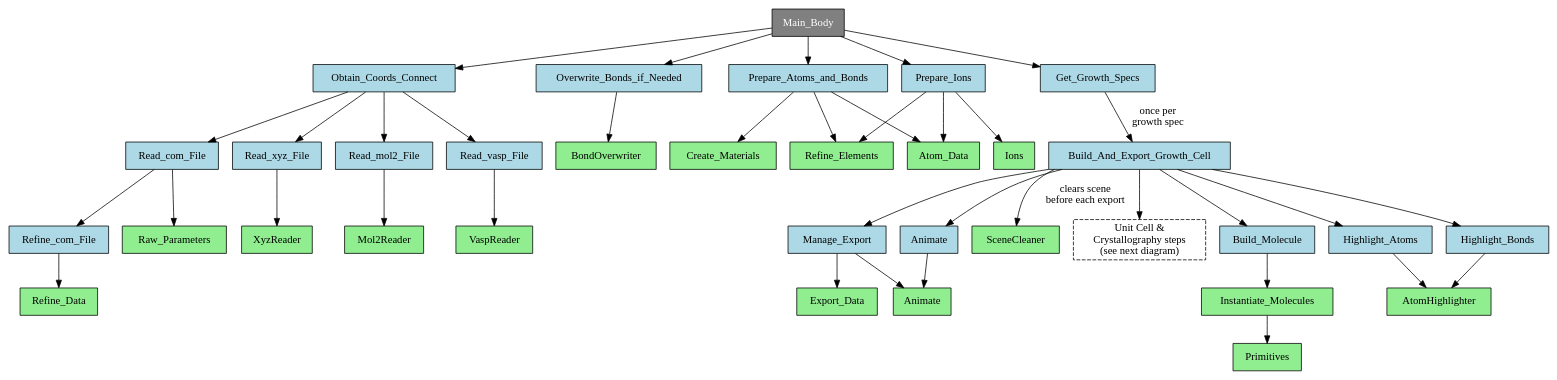
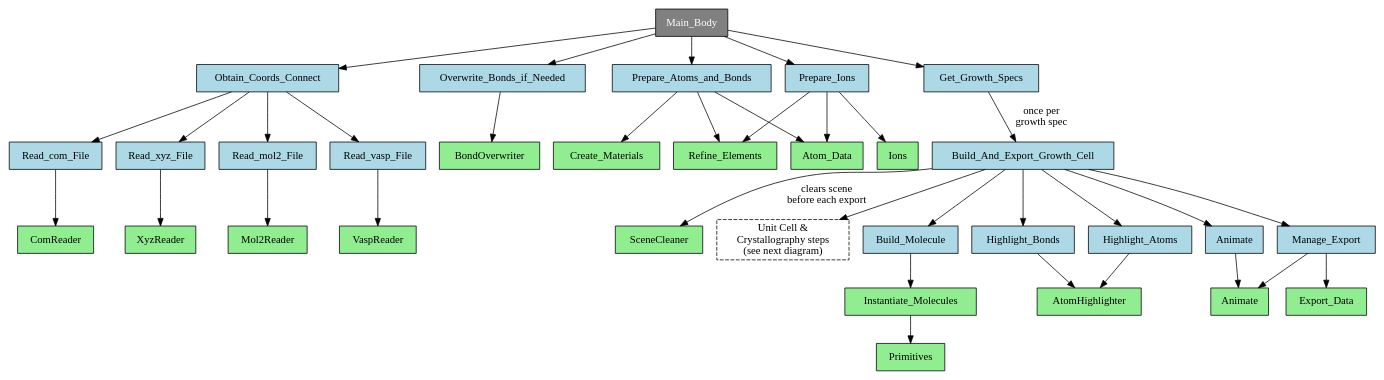
Before and after one commit to eecheve/Gaussian-2-Blender: the second of 5 diagrams in docs/components.rst, drawn with Graphviz. The commit also changed 27 other files, not shown here.

Commit message:
ComReader class update

```diff
--- a/docs/components.rst
+++ b/docs/components.rst
@@ -80,7 +80,6 @@
        Get_Growth_Specs [fillcolor=lightblue];
        Build_And_Export_Growth_Cell [fillcolor=lightblue];
        Read_com_File [fillcolor=lightblue];
-       Refine_com_File [fillcolor=lightblue];
        Read_xyz_File [fillcolor=lightblue];
        Read_mol2_File [fillcolor=lightblue];
        Read_vasp_File [fillcolor=lightblue];
@@ -90,8 +89,7 @@
        Animate [fillcolor=lightblue];
        Manage_Export [fillcolor=lightblue];
 
-       Raw_Parameters [fillcolor=lightgreen];
-       Refine_Data [fillcolor=lightgreen];
+       ComReader [fillcolor=lightgreen];
        XyzReader [fillcolor=lightgreen];
        Mol2Reader [fillcolor=lightgreen];
        VaspReader [fillcolor=lightgreen];
@@ -121,9 +119,7 @@
        Obtain_Coords_Connect -> Read_xyz_File;
        Obtain_Coords_Connect -> Read_mol2_File;
        Obtain_Coords_Connect -> Read_vasp_File;
-       Read_com_File -> Refine_com_File;
-       Read_com_File -> Raw_Parameters;
-       Refine_com_File -> Refine_Data;
+       Read_com_File -> ComReader;
        Read_xyz_File -> XyzReader;
        Read_mol2_File -> Mol2Reader;
        Read_vasp_File -> VaspReader;
```
